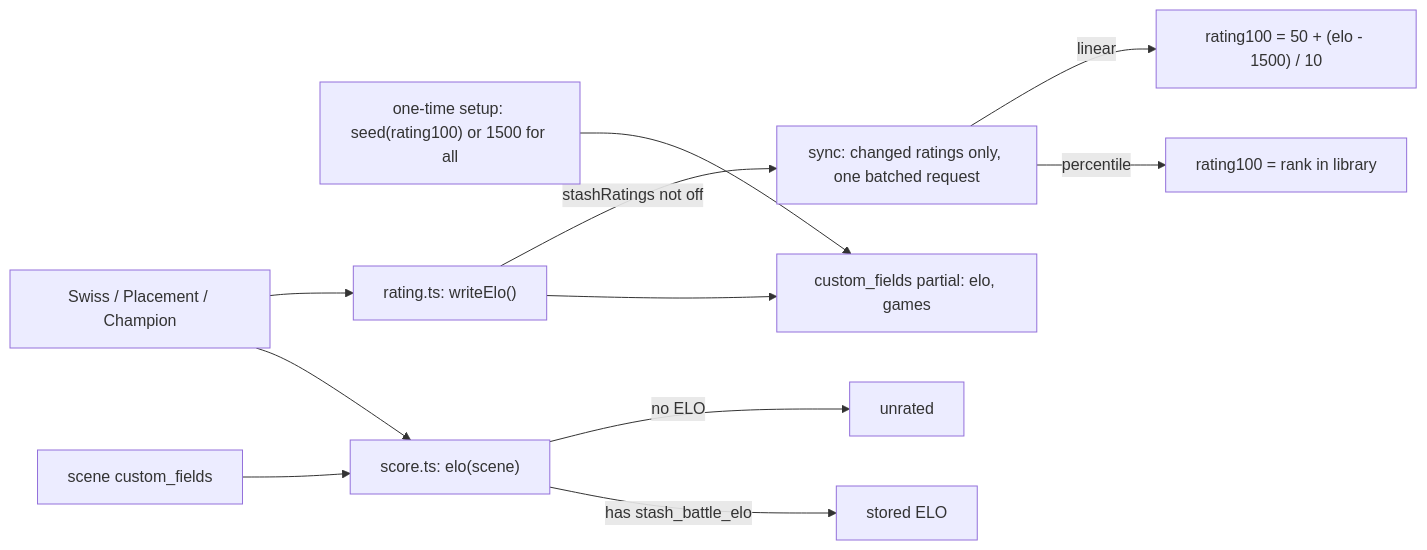
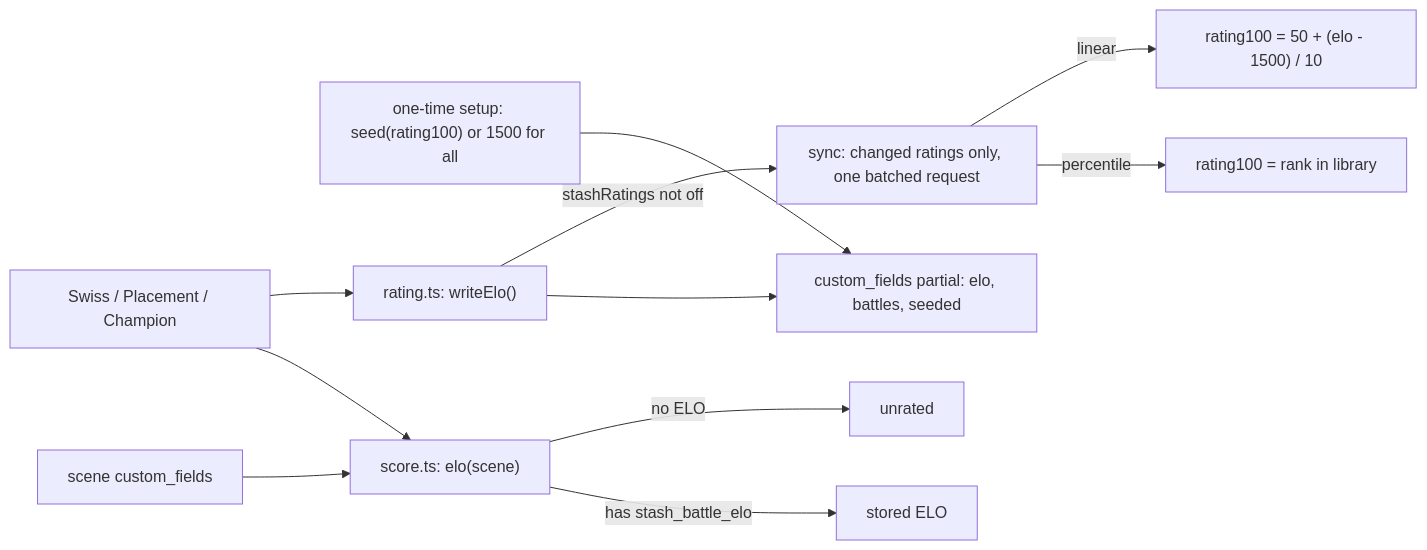
Before and after one commit to dtt-git/stash-battle: the diagram in docs/plans/true-elo-mode.md, drawn with Mermaid. The commit also changed other lines of this file and 26 other files, not shown here.

````diff
--- a/docs/plans/true-elo-mode.md
+++ b/docs/plans/true-elo-mode.md
@@ -67,13 +67,13 @@
 ```mermaid
 flowchart LR
   Setup["one-time setup: seed(rating100) or 1500 for all"] --> CF
   Scene["scene custom_fields"] --> Score["score.ts: elo(scene)"]
   Score -->|"has stash_battle_elo"| Stored["stored ELO"]
   Score -->|"no ELO"| Unrated["unrated"]
   Modes["Swiss / Placement / Champion"] --> Score
   Modes --> Write["rating.ts: writeElo()"]
-  Write --> CF["custom_fields partial: elo, games"]
+  Write --> CF["custom_fields partial: elo, battles, seeded"]
   Write -->|"stashRatings not off"| Sync["sync: changed ratings only, one batched request"]
   Sync -->|percentile| Pct["rating100 = rank in library"]
   Sync -->|linear| Lin["rating100 = 50 + (elo - 1500) / 10"]
 ```
````
